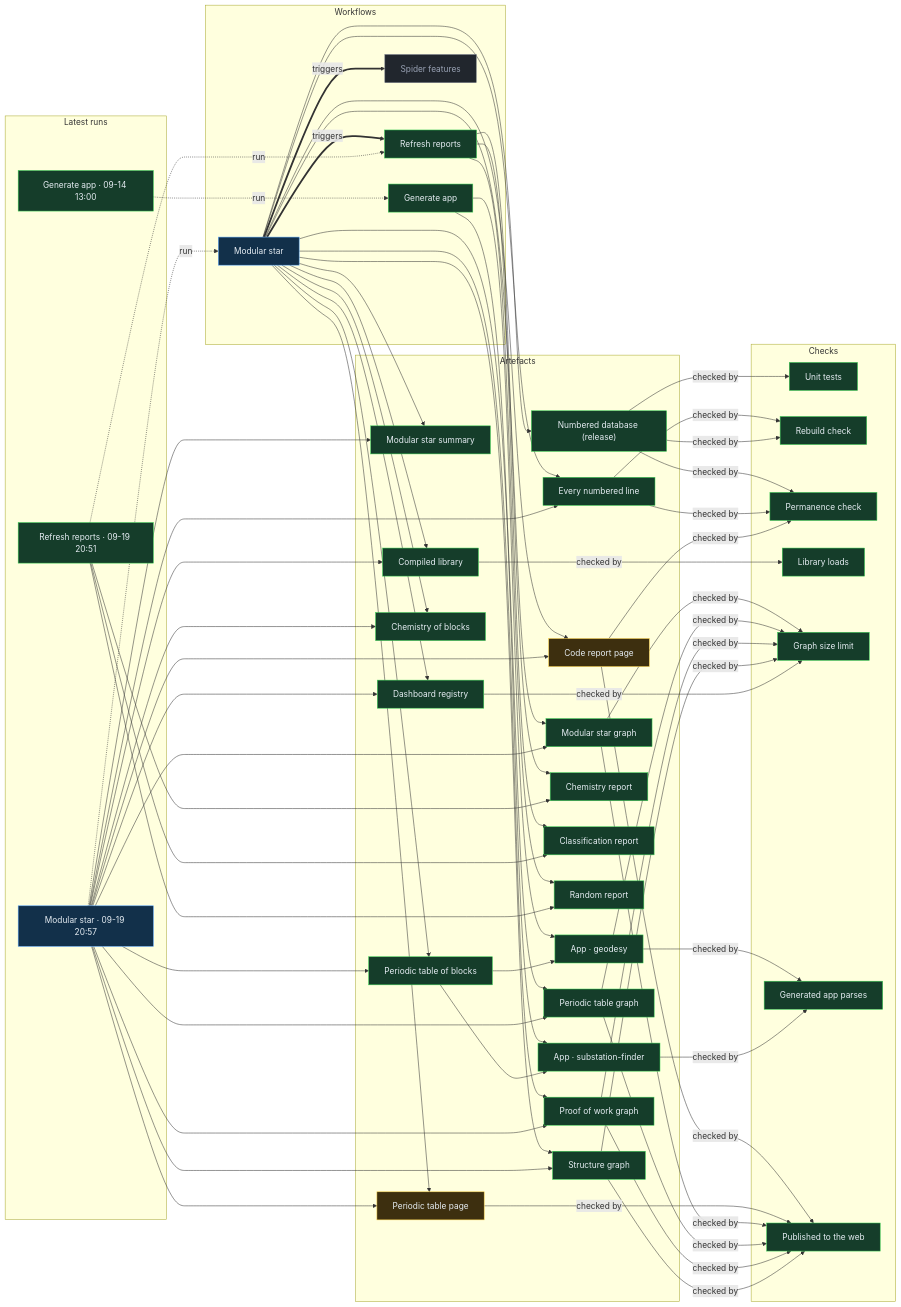
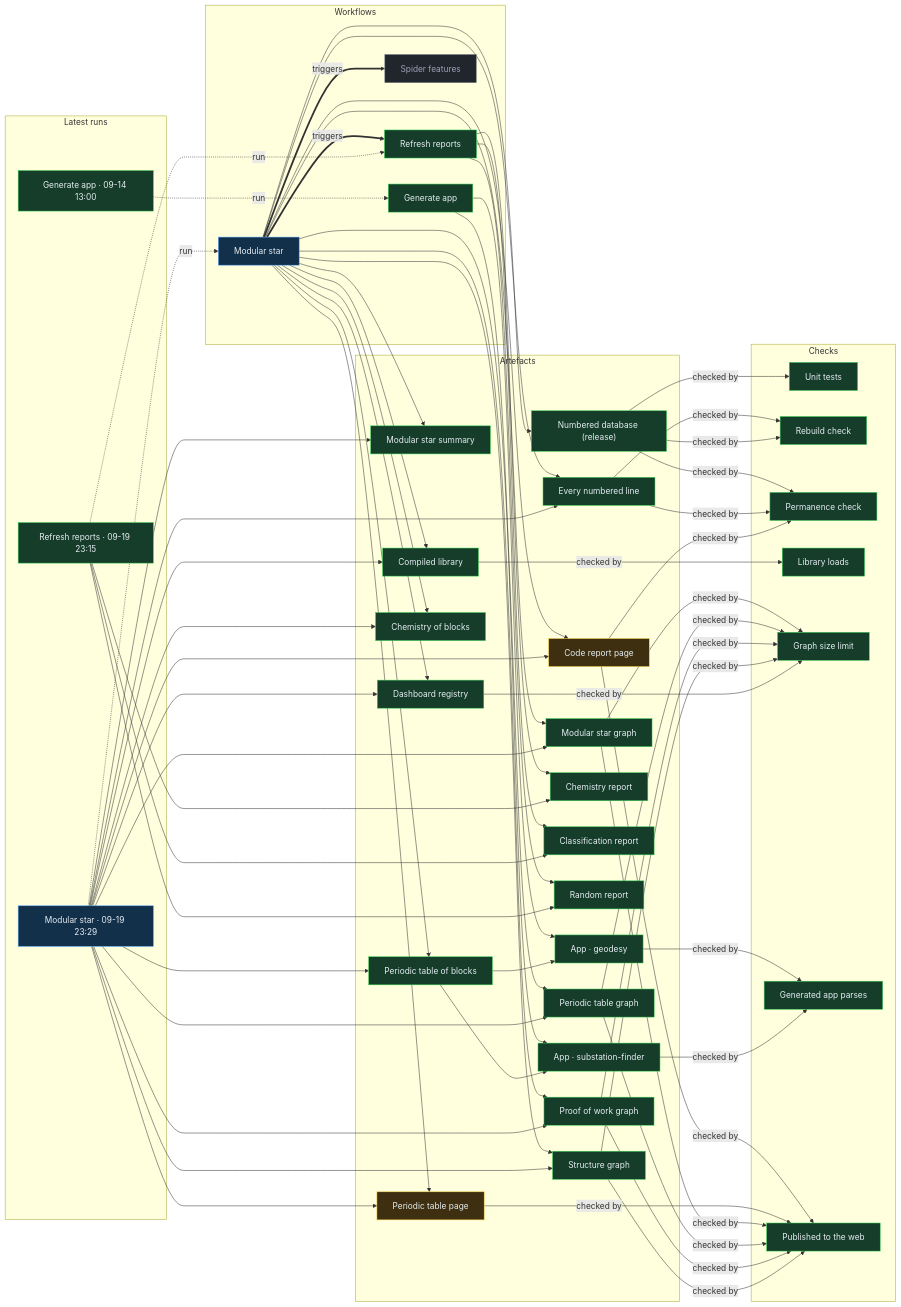
The diagram in proof/PROOF.md (Ventusltd/stars), drawn with Mermaid before and after one commit. The commit also changed other lines of this file and 115 other files, not shown here.

Commit message:
Modular star 2026-09-19T23:31Z

```diff
--- a/proof/PROOF.md
+++ b/proof/PROOF.md
@@ -24,8 +24,8 @@
   n_wf_spider_features["Spider features"]:::off
   end
   subgraph g_runs["Latest runs"]
-  n_run_35468961692["Modular star · 09-19 20:57"]:::live
-  n_run_35468651745["Refresh reports · 09-19 20:51"]:::ok
+  n_run_35476240742["Modular star · 09-19 23:29"]:::live
+  n_run_35475615426["Refresh reports · 09-19 23:15"]:::ok
   n_run_34846587798["Generate app · 09-14 13:00"]:::ok
   end
   subgraph g_artefacts["Artefacts"]
@@ -59,39 +59,39 @@
   end
   n_wf_modular_star == triggers ==> n_wf_refresh
   n_wf_modular_star == triggers ==> n_wf_spider_features
-  n_run_35468961692 -. run .-> n_wf_modular_star
-  n_run_35468651745 -. run .-> n_wf_refresh
+  n_run_35476240742 -. run .-> n_wf_modular_star
+  n_run_35475615426 -. run .-> n_wf_refresh
   n_run_34846587798 -. run .-> n_wf_generate
   n_wf_modular_star --> n_art_summary
-  n_run_35468961692 --> n_art_summary
+  n_run_35476240742 --> n_art_summary
   n_wf_modular_star --> n_art_lines
-  n_run_35468961692 --> n_art_lines
+  n_run_35476240742 --> n_art_lines
   n_wf_modular_star --> n_art_code
-  n_run_35468961692 --> n_art_code
+  n_run_35476240742 --> n_art_code
   n_wf_modular_star --> n_art_modular_graph
-  n_run_35468961692 --> n_art_modular_graph
+  n_run_35476240742 --> n_art_modular_graph
   n_wf_modular_star --> n_art_blocks
-  n_run_35468961692 --> n_art_blocks
+  n_run_35476240742 --> n_art_blocks
   n_wf_modular_star --> n_art_table
-  n_run_35468961692 --> n_art_table
+  n_run_35476240742 --> n_art_table
   n_wf_modular_star --> n_art_blocks_graph
-  n_run_35468961692 --> n_art_blocks_graph
+  n_run_35476240742 --> n_art_blocks_graph
   n_wf_modular_star --> n_art_reactions
-  n_run_35468961692 --> n_art_reactions
+  n_run_35476240742 --> n_art_reactions
   n_wf_modular_star --> n_art_library
-  n_run_35468961692 --> n_art_library
+  n_run_35476240742 --> n_art_library
   n_wf_modular_star --> n_art_features
-  n_run_35468961692 --> n_art_features
+  n_run_35476240742 --> n_art_features
   n_wf_modular_star --> n_art_proof
-  n_run_35468961692 --> n_art_proof
+  n_run_35476240742 --> n_art_proof
   n_wf_modular_star --> n_art_structure
-  n_run_35468961692 --> n_art_structure
+  n_run_35476240742 --> n_art_structure
   n_wf_refresh --> n_art_chemistry
-  n_run_35468651745 --> n_art_chemistry
+  n_run_35475615426 --> n_art_chemistry
   n_wf_refresh --> n_art_vedic
-  n_run_35468651745 --> n_art_vedic
+  n_run_35475615426 --> n_art_vedic
   n_wf_refresh --> n_art_random
-  n_run_35468651745 --> n_art_random
+  n_run_35475615426 --> n_art_random
   n_wf_modular_star --> n_art_release
   n_wf_generate --> n_app_geodesy
   n_art_blocks --> n_app_geodesy
```
